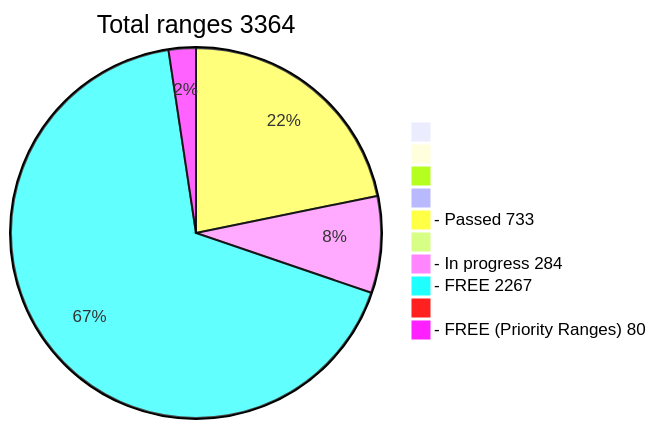
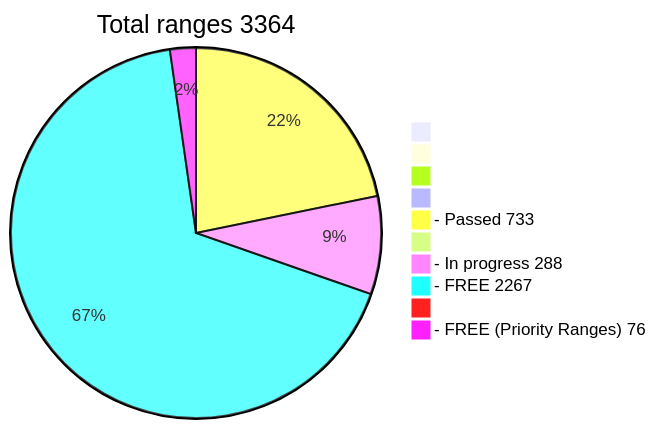
Before and after one commit to phrutis/wif500: the diagram in README.md, drawn with Mermaid.

````diff
--- a/README.md
+++ b/README.md
@@ -16,13 +16,13 @@
 ```mermaid
 pie title Total ranges 3364
              " " : 0
             "  " : 0
            "   " : 0
           "    " : 0
   "- Passed 733" : 733
          "     " : 0
-  "- In progress 284" : 284
+  "- In progress 288" : 288
    "- FREE 2267" : 2267
         "      " : 0
-  "- FREE (Priority Ranges) 80" : 80
+  "- FREE (Priority Ranges) 76" : 76
 ```
````
